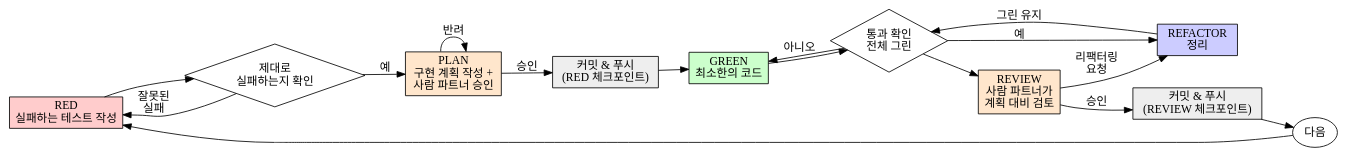
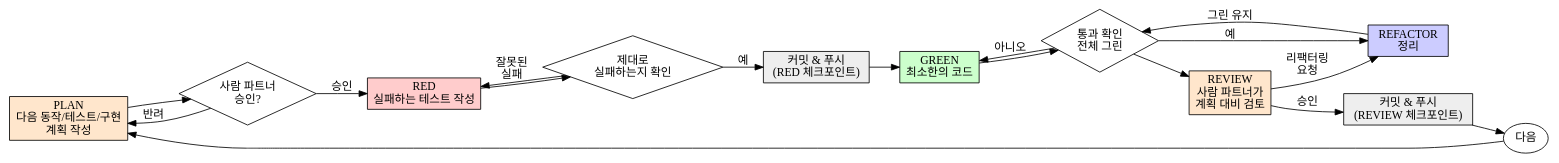
Before and after one commit to soyeongk/bowling-13050345: the diagram in .claude/skills/tdd-skill/SKILL.md, drawn with Graphviz. The commit also changed other lines of this file, not shown here.

First line of the commit message:
Reorder tdd-skill checkpoint workflow to PLAN before RED

````diff
--- a/.claude/skills/tdd-skill/SKILL.md
+++ b/.claude/skills/tdd-skill/SKILL.md
@@ -63,31 +63,33 @@
 ```dot
 digraph tdd_cycle {
     rankdir=LR;
+    plan [label="PLAN\n다음 동작/테스트/구현\n계획 작성", shape=box, style=filled, fillcolor="#ffe6cc"];
+    approve [label="사람 파트너\n승인?", shape=diamond];
     red [label="RED\n실패하는 테스트 작성", shape=box, style=filled, fillcolor="#ffcccc"];
     verify_red [label="제대로\n실패하는지 확인", shape=diamond];
-    plan [label="PLAN\n구현 계획 작성 +\n사람 파트너 승인", shape=box, style=filled, fillcolor="#ffe6cc"];
     commit_red [label="커밋 & 푸시\n(RED 체크포인트)", shape=box, style=filled, fillcolor="#eeeeee"];
     green [label="GREEN\n최소한의 코드", shape=box, style=filled, fillcolor="#ccffcc"];
     verify_green [label="통과 확인\n전체 그린", shape=diamond];
     refactor [label="REFACTOR\n정리", shape=box, style=filled, fillcolor="#ccccff"];
     review [label="REVIEW\n사람 파트너가\n계획 대비 검토", shape=box, style=filled, fillcolor="#ffe6cc"];
     commit_review [label="커밋 & 푸시\n(REVIEW 체크포인트)", shape=box, style=filled, fillcolor="#eeeeee"];
     next [label="다음", shape=ellipse];
 
+    plan -> approve;
+    approve -> red [label="승인"];
+    approve -> plan [label="반려"];
     red -> verify_red;
-    verify_red -> plan [label="예"];
+    verify_red -> commit_red [label="예"];
     verify_red -> red [label="잘못된\n실패"];
-    plan -> commit_red [label="승인"];
-    plan -> plan [label="반려"];
     commit_red -> green;
     green -> verify_green;
     verify_green -> refactor [label="예"];
     verify_green -> green [label="아니오"];
     refactor -> verify_green [label="그린 유지"];
     verify_green -> review;
     review -> commit_review [label="승인"];
     review -> refactor [label="리팩터링\n요청"];
     commit_review -> next;
-    next -> red;
+    next -> plan;
 }
 ```
````
